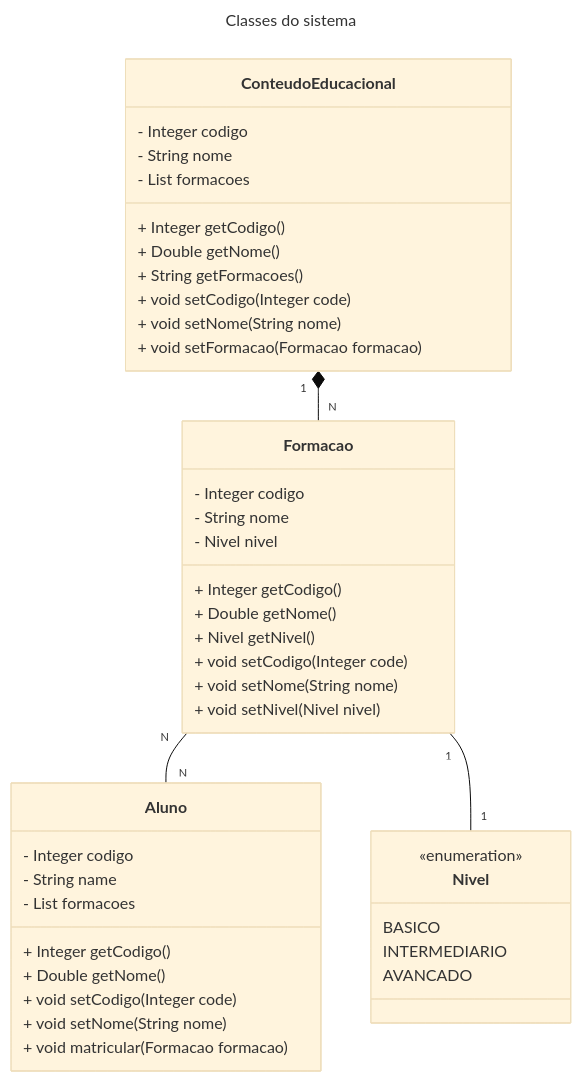
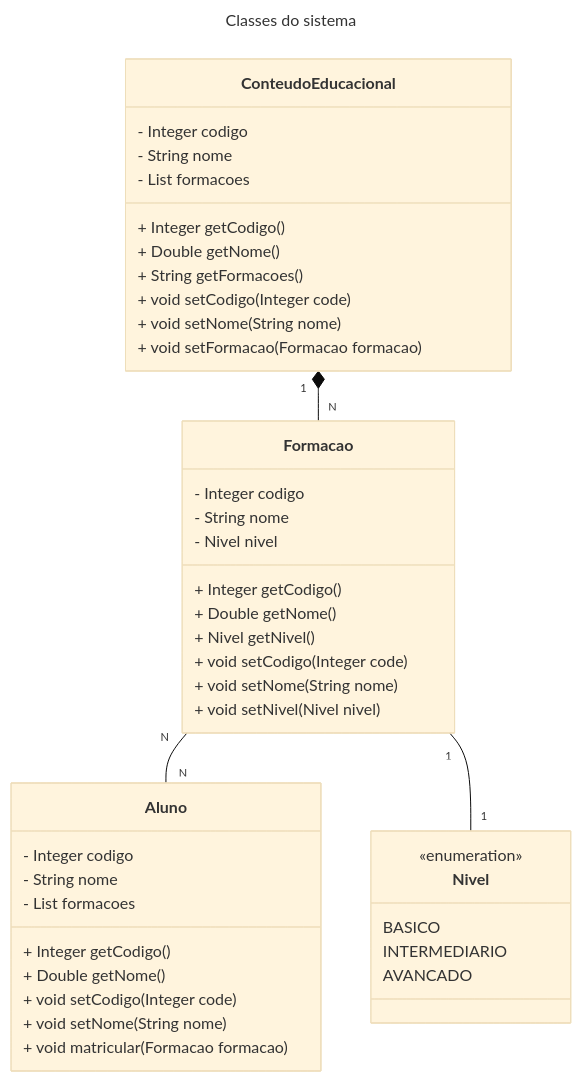
One commit to andreterceiro/dio-kotlin--aprenda-kotlin-com-exemplos-lab changed the diagram in README.md. Above: the diagram before and after it, drawn with Mermaid (base theme).

Commit message:
docs: passing a property to portuguese in the documentation

````diff
--- a/README.md
+++ b/README.md
@@ -16,51 +16,51 @@
 ```mermaid
 ---
 title: Classes do sistema
 ---
 classDiagram
     class ConteudoEducacional {
         - Integer codigo
         - String nome
         - List<Formacao> formacoes
         + Integer getCodigo()
         + Double getNome()
         + String getFormacoes()
         + void setCodigo(Integer code)
         + void setNome(String nome)
         + void setFormacao(Formacao formacao)
     }
 
     class Formacao {
         - Integer codigo
         - String nome
         - Nivel nivel
         + Integer getCodigo()
         + Double getNome()
         + Nivel getNivel()
         + void setCodigo(Integer code)
         + void setNome(String nome)
         + void setNivel(Nivel nivel)
     }
 
     class Aluno {
         - Integer codigo
-        - String name
+        - String nome
         - List<Formacao> formacoes
         + Integer getCodigo()
         + Double getNome()
         + void setCodigo(Integer code)
         + void setNome(String nome)
         + void matricular(Formacao formacao)
     }
  
     class Nivel{
         <<enumeration>>
         BASICO
         INTERMEDIARIO
         AVANCADO
     }
 
     ConteudoEducacional "1" *-- "N" Formacao
     Formacao "N" -- "N" Aluno
     Formacao "1" -- "1" Nivel
 ```
````
